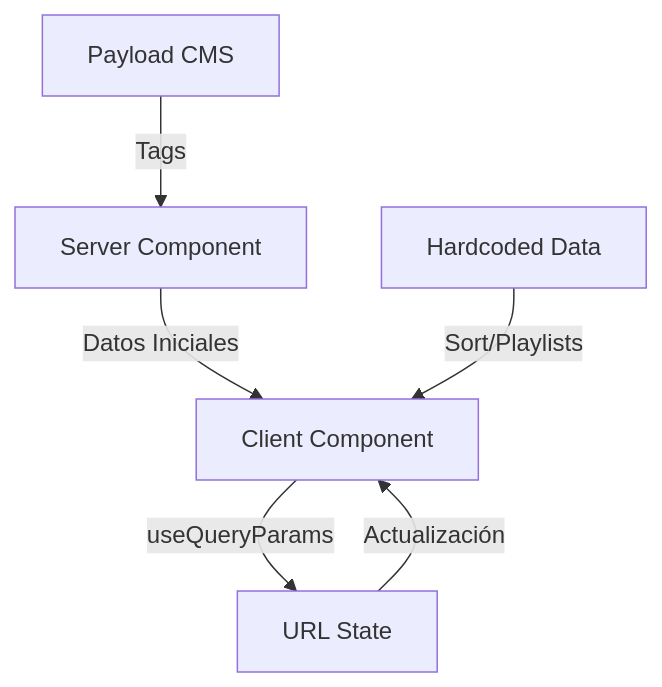
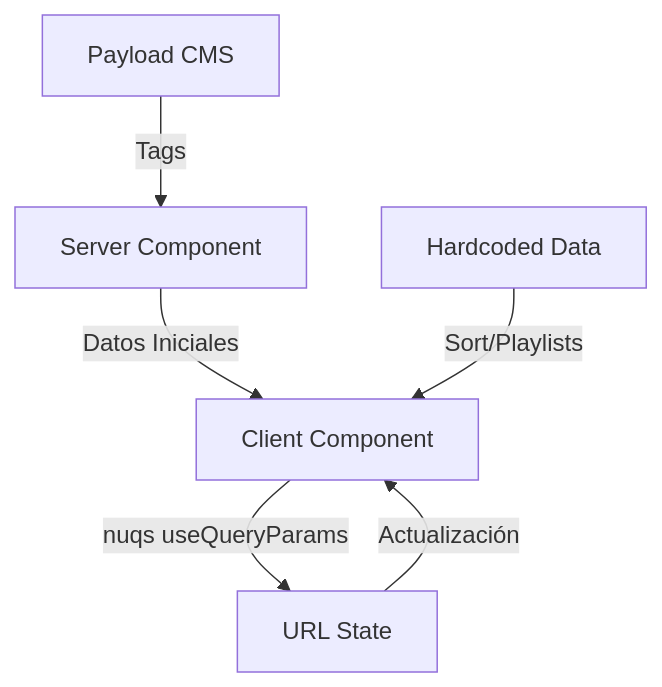
Before and after one commit to Fiser12/Escohotado-Web: the diagram in .cursor/features/search-params-implementation.md, drawn with Mermaid. The commit also changed other lines of this file, not shown here.

````diff
--- a/.cursor/features/search-params-implementation.md
+++ b/.cursor/features/search-params-implementation.md
@@ -19,8 +23,8 @@
 ```mermaid
 graph TD
     A[Server Component] -->|Datos Iniciales| B[Client Component]
-    B -->|useQueryParams| C[URL State]
+    B -->|nuqs useQueryParams| C[URL State]
     C -->|Actualización| B
     D[Payload CMS] -->|Tags| A
     E[Hardcoded Data] -->|Sort/Playlists| B
 ```
````
